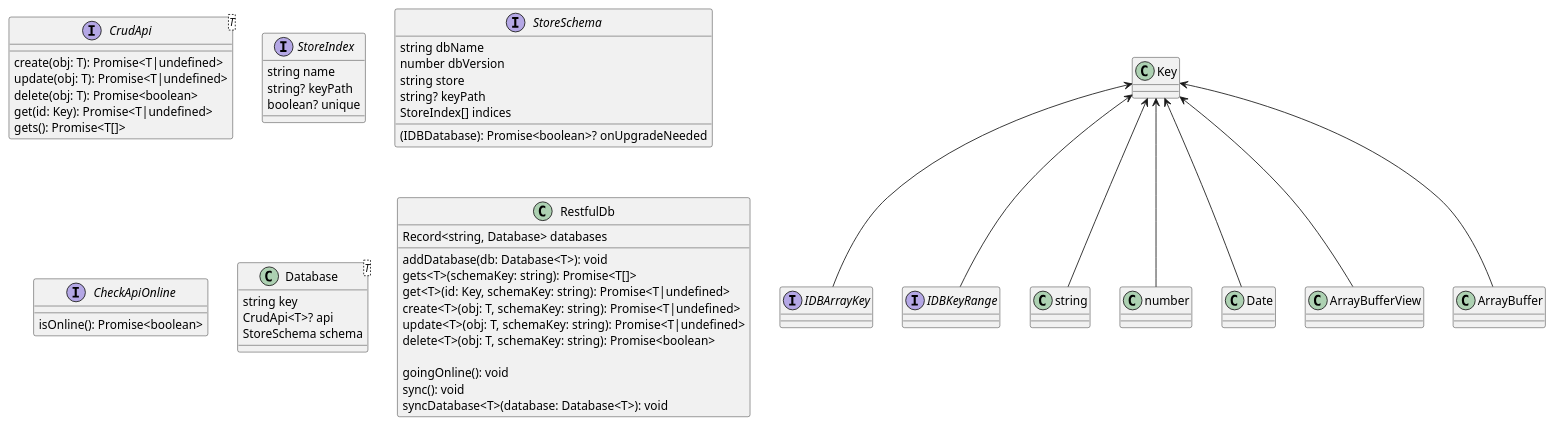
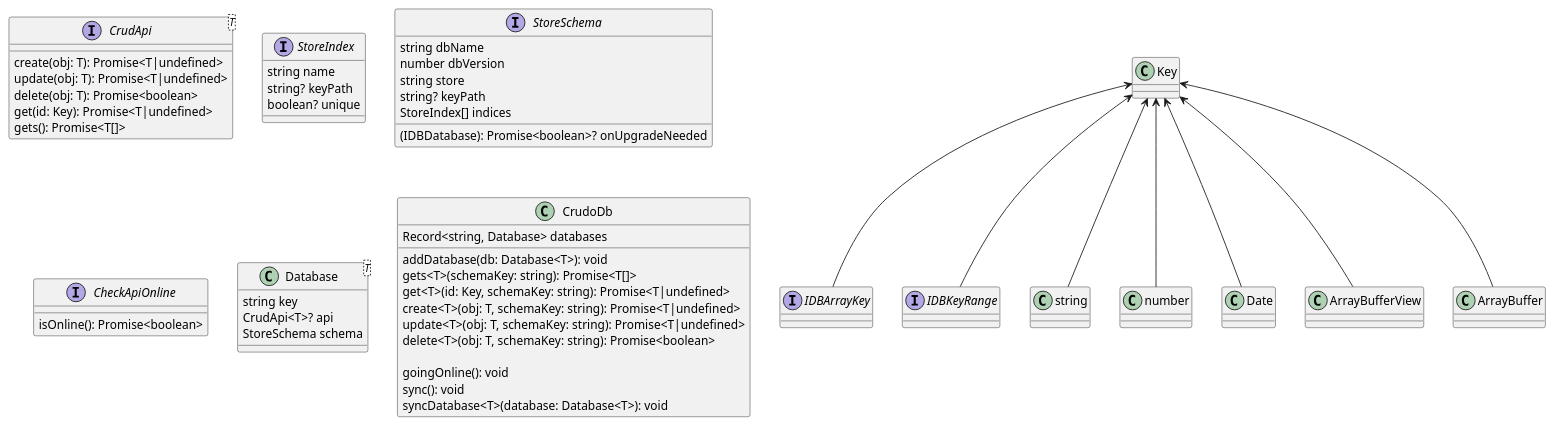
The diagram in docs/Types.puml (SourceCodeBot/crudodb), drawn with PlantUML before and after one commit. The commit also changed 25 other files, not shown here.

```diff
--- a/docs/Types.puml
+++ b/docs/Types.puml
@@ -1,62 +1,62 @@
 @startuml
 
 interface IDBArrayKey
 interface IDBKeyRange
 
 Key <-- string
 Key <-- number
 Key <-- Date
 Key <-- ArrayBufferView
 Key <-- ArrayBuffer
 Key <-- IDBArrayKey
 Key <-- IDBKeyRange
 
 interface CrudApi<T> {
   create(obj: T): Promise<T|undefined>
   update(obj: T): Promise<T|undefined>
   delete(obj: T): Promise<boolean>
   get(id: Key): Promise<T|undefined>
   gets(): Promise<T[]>
 }
 
 interface StoreIndex {
   string name
 	string? keyPath
 	boolean? unique
 }
 
 interface StoreSchema {
   string dbName
 	number dbVersion
 	string store
 	string? keyPath
 	StoreIndex[] indices
   (IDBDatabase): Promise<boolean>? onUpgradeNeeded
 }
 
 interface CheckApiOnline {
   isOnline(): Promise<boolean>
 }
 
 class Database<T> {
   string key
   CrudApi<T>? api
   StoreSchema schema
 }
 
-class RestfulDb {
+class CrudoDb {
   Record<string, Database> databases
 
   addDatabase(db: Database<T>): void
   gets<T>(schemaKey: string): Promise<T[]>
   get<T>(id: Key, schemaKey: string): Promise<T|undefined>
   create<T>(obj: T, schemaKey: string): Promise<T|undefined>
   update<T>(obj: T, schemaKey: string): Promise<T|undefined>
   delete<T>(obj: T, schemaKey: string): Promise<boolean>
 
   goingOnline(): void
   sync(): void
   syncDatabase<T>(database: Database<T>): void
 }
 
 @enduml
```
